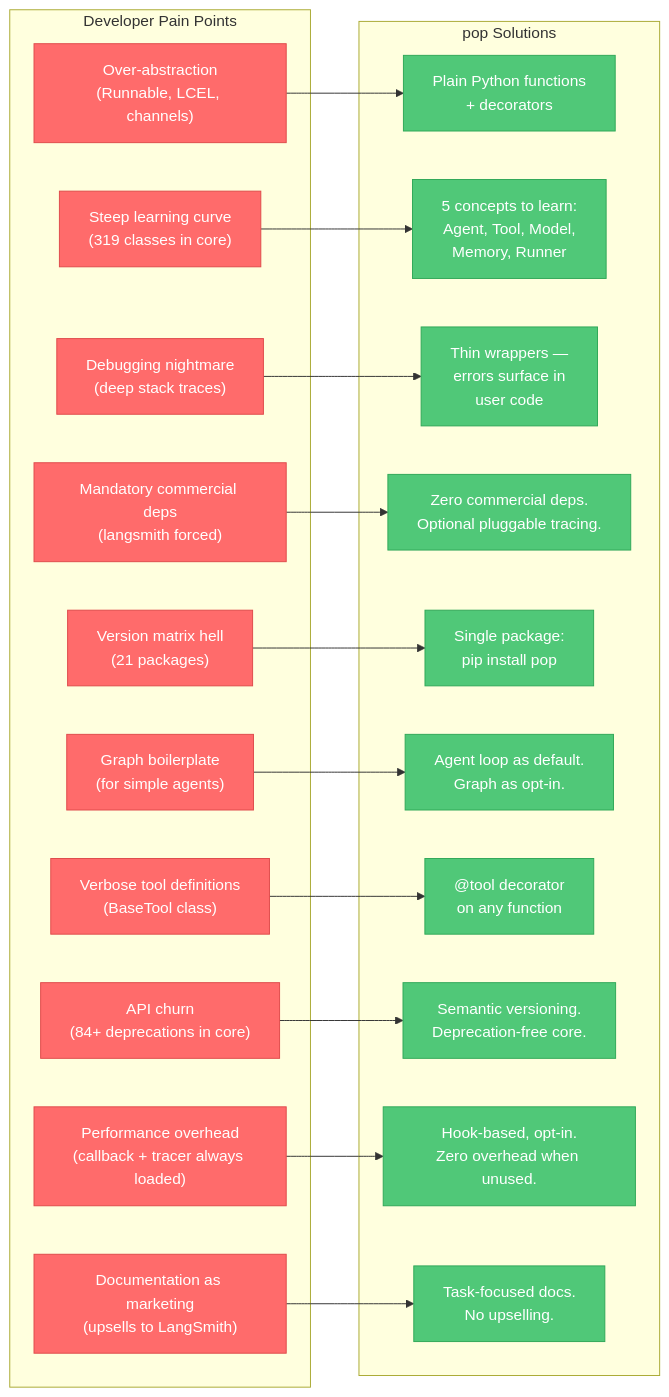
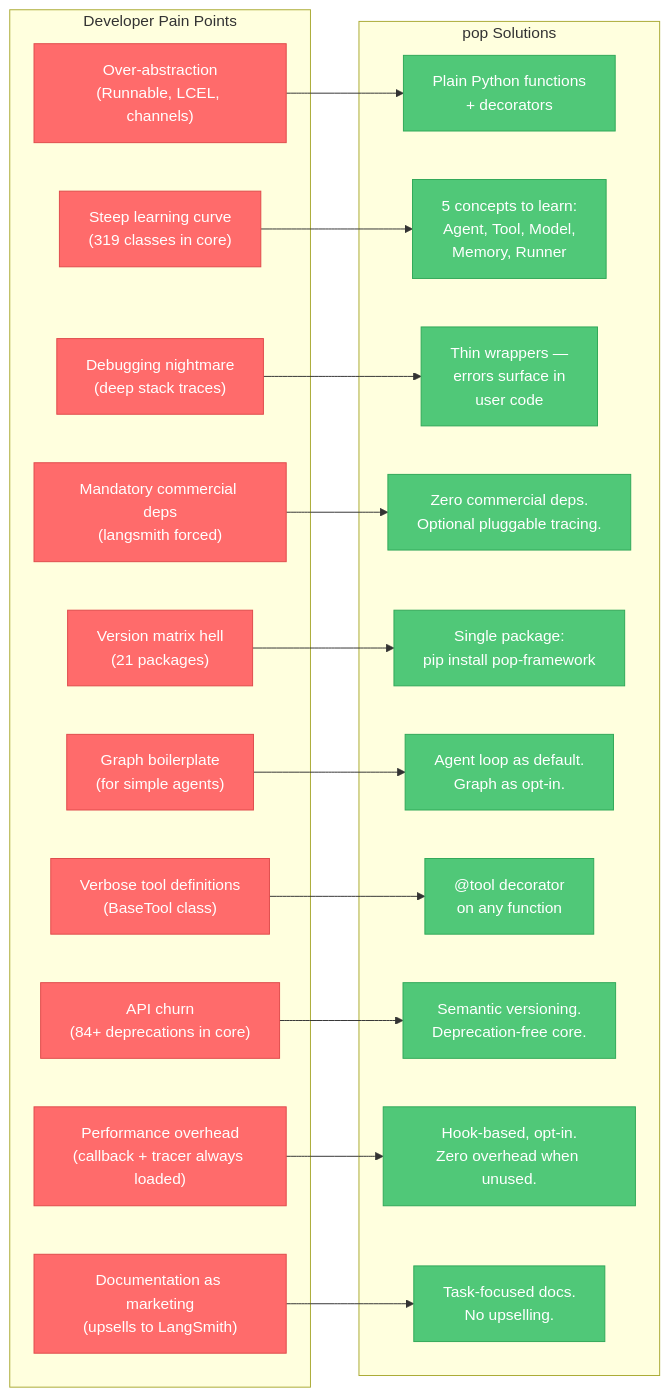
The first of 38 diagrams in FRAMEWORK_ARCHITECTURE.md (WYSIATI/pop), drawn with Mermaid before and after one commit. The commit also changed other lines of this file and 51 other files, not shown here.

````diff
--- a/FRAMEWORK_ARCHITECTURE.md
+++ b/FRAMEWORK_ARCHITECTURE.md
@@ -82,60 +82,60 @@
 ```mermaid
 graph LR
     subgraph "Developer Pain Points"
         P1["Over-abstraction<br/>(Runnable, LCEL, channels)"]
         P2["Steep learning curve<br/>(319 classes in core)"]
         P3["Debugging nightmare<br/>(deep stack traces)"]
         P4["Mandatory commercial deps<br/>(langsmith forced)"]
         P5["Version matrix hell<br/>(21 packages)"]
         P6["Graph boilerplate<br/>(for simple agents)"]
         P7["Verbose tool definitions<br/>(BaseTool class)"]
         P8["API churn<br/>(84+ deprecations in core)"]
         P9["Performance overhead<br/>(callback + tracer always loaded)"]
         P10["Documentation as marketing<br/>(upsells to LangSmith)"]
     end
 
     subgraph "pop Solutions"
         S1["Plain Python functions<br/>+ decorators"]
         S2["5 concepts to learn:<br/>Agent, Tool, Model,<br/>Memory, Runner"]
         S3["Thin wrappers —<br/>errors surface in<br/>user code"]
         S4["Zero commercial deps.<br/>Optional pluggable tracing."]
-        S5["Single package:<br/>pip install pop"]
+        S5["Single package:<br/>pip install pop-framework"]
         S6["Agent loop as default.<br/>Graph as opt-in."]
         S7["@tool decorator<br/>on any function"]
         S8["Semantic versioning.<br/>Deprecation-free core."]
         S9["Hook-based, opt-in.<br/>Zero overhead when unused."]
         S10["Task-focused docs.<br/>No upselling."]
     end
 
     P1 --> S1
     P2 --> S2
     P3 --> S3
     P4 --> S4
     P5 --> S5
     P6 --> S6
     P7 --> S7
     P8 --> S8
     P9 --> S9
     P10 --> S10
 
     style P1 fill:#FF6B6B,stroke:#DF4B4B,color:#fff
     style P2 fill:#FF6B6B,stroke:#DF4B4B,color:#fff
     style P3 fill:#FF6B6B,stroke:#DF4B4B,color:#fff
     style P4 fill:#FF6B6B,stroke:#DF4B4B,color:#fff
     style P5 fill:#FF6B6B,stroke:#DF4B4B,color:#fff
     style P6 fill:#FF6B6B,stroke:#DF4B4B,color:#fff
     style P7 fill:#FF6B6B,stroke:#DF4B4B,color:#fff
     style P8 fill:#FF6B6B,stroke:#DF4B4B,color:#fff
     style P9 fill:#FF6B6B,stroke:#DF4B4B,color:#fff
     style P10 fill:#FF6B6B,stroke:#DF4B4B,color:#fff
     style S1 fill:#50C878,stroke:#30A858,color:#fff
     style S2 fill:#50C878,stroke:#30A858,color:#fff
     style S3 fill:#50C878,stroke:#30A858,color:#fff
     style S4 fill:#50C878,stroke:#30A858,color:#fff
     style S5 fill:#50C878,stroke:#30A858,color:#fff
     style S6 fill:#50C878,stroke:#30A858,color:#fff
     style S7 fill:#50C878,stroke:#30A858,color:#fff
     style S8 fill:#50C878,stroke:#30A858,color:#fff
     style S9 fill:#50C878,stroke:#30A858,color:#fff
     style S10 fill:#50C878,stroke:#30A858,color:#fff
 ```
````
